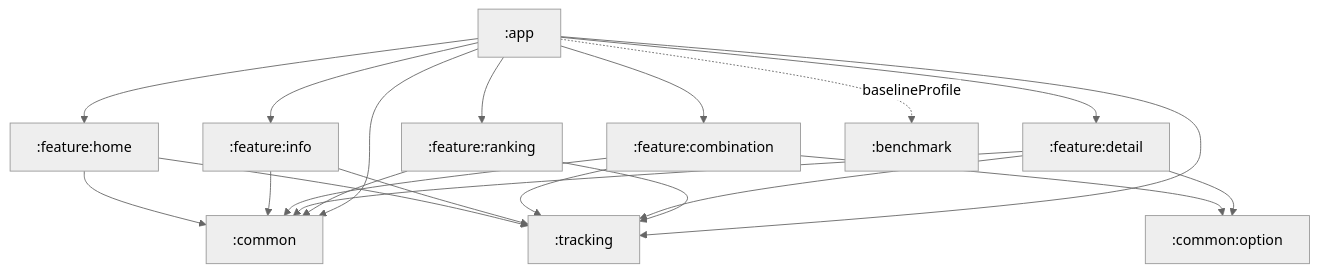
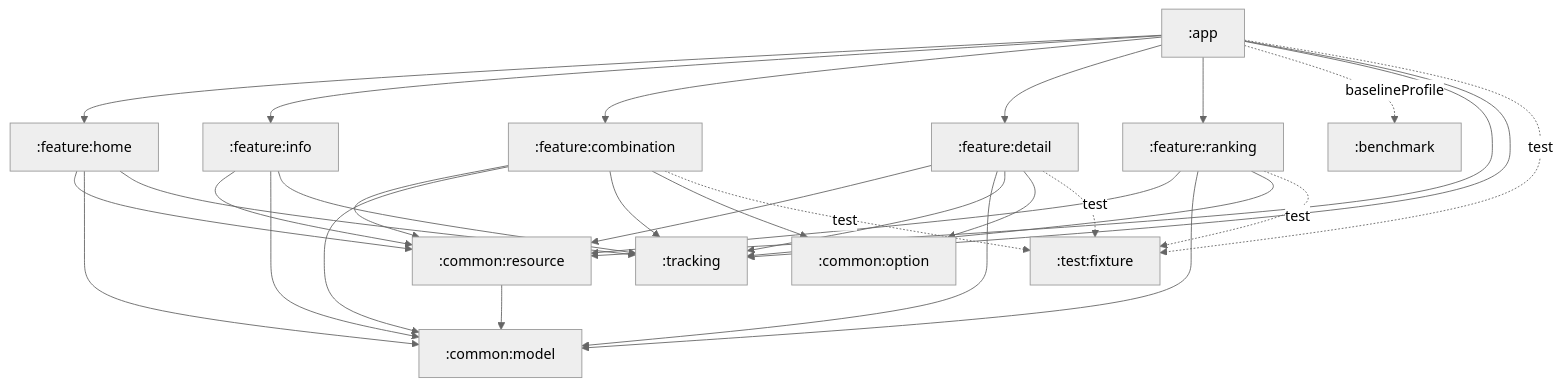
One commit to BeokBeok/RuneWords changed the diagram in README.md. Above: the diagram before and after it, drawn with Mermaid (neutral theme). The commit also changed other lines of this file and 101 other files, not shown here.

Commit message:
refactor: :common을 model, resource, test fixture 모듈로 분리 (#531)

````diff
--- a/README.md
+++ b/README.md
@@ -17,14 +17,17 @@
 ```mermaid
 graph TD
     app[":app"] --> home[":feature:home"]
     app --> info[":feature:info"]
     app --> combination[":feature:combination"]
     app --> detail[":feature:detail"]
     app --> ranking[":feature:ranking"]
     app -. baselineProfile .-> benchmark[":benchmark"]
-    home & info & combination & detail & ranking --> common[":common"]
+    home & info & combination & detail & ranking --> resource[":common:resource"]
+    home & info & combination & detail & ranking --> model[":common:model"]
     home & info & combination & detail & ranking --> tracking[":tracking"]
     combination & detail --> option[":common:option"]
-    app --> common
+    resource --> model
+    app --> resource
     app --> tracking
+    app & combination & detail & ranking -. test .-> fixture[":test:fixture"]
 ```
````
